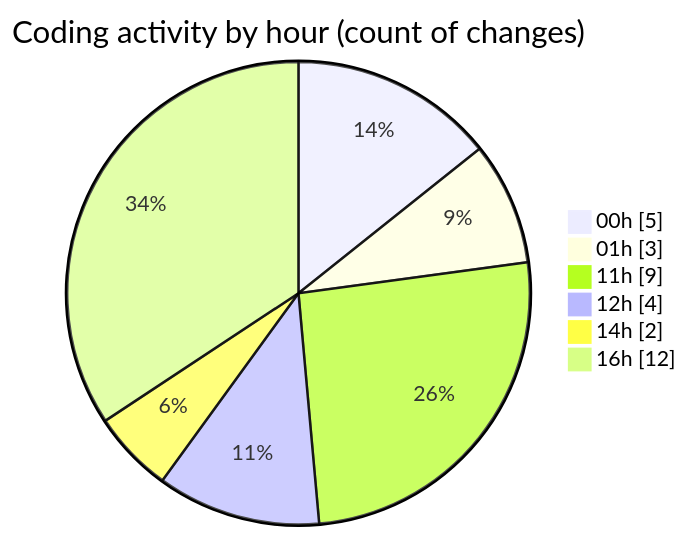
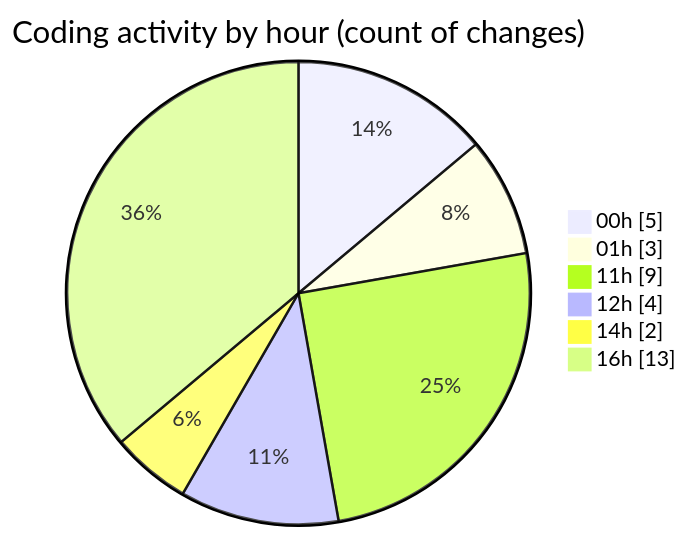
The second of 2 diagrams in 2025-11-16/cdp_aleoudev_fr__workspace_/README.md (julien-gomy/code-tracking), drawn with Mermaid before and after one commit. The commit also changed other lines of this file and 1 other file, not shown here.

````diff
--- a/2025-11-16/cdp_aleoudev_fr__workspace_/README.md
+++ b/2025-11-16/cdp_aleoudev_fr__workspace_/README.md
@@ -40,10 +40,10 @@
 ```mermaid
 pie showData
 title Coding activity by hour (count of changes)
 "00h" : 5
 "01h" : 3
 "11h" : 9
 "12h" : 4
 "14h" : 2
-"16h" : 12
+"16h" : 13
 ```
````
